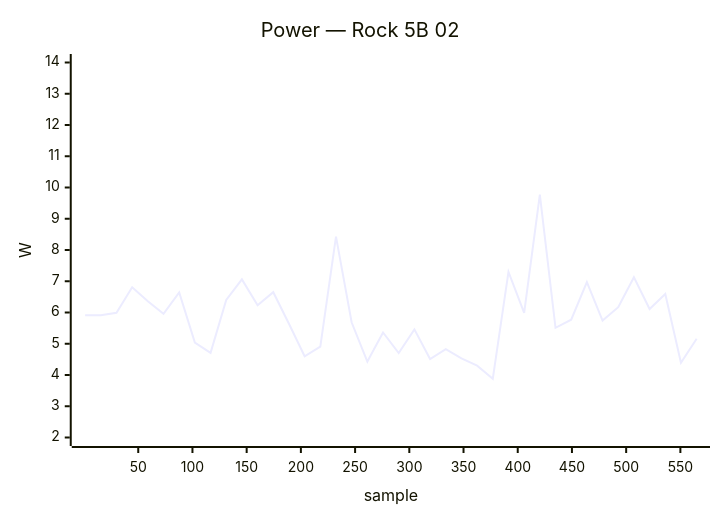
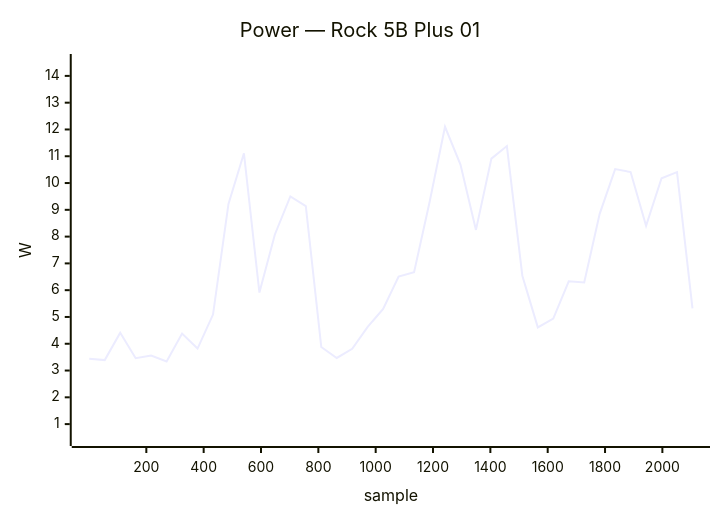
One commit to armbian/documentation changed diagram 25 of 32 in docs/status/board-tests.md. Above: the diagram before and after it, drawn with Mermaid. The commit also changed other lines of this file, not shown here.

````diff
--- a/docs/status/board-tests.md
+++ b/docs/status/board-tests.md
@@ -1322,7 +1448,7 @@
 ```mermaid
 xychart-beta
-    title "Power — Rock 5B 02"
-    x-axis "sample" 1 --> 565
-    y-axis "W" 2.0 --> 14.0
-    line [5.91, 5.91, 5.99, 6.81, 6.36, 5.96, 6.64, 5.04, 4.71, 6.40, 7.06, 6.23, 6.65, 5.64, 4.60, 4.91, 8.43, 5.68, 4.43, 5.36, 4.70, 5.46, 4.51, 4.83, 4.53, 4.30, 3.88, 7.30, 5.99, 9.77, 5.51, 5.77, 6.97, 5.74, 6.17, 7.13, 6.11, 6.59, 4.39, 5.16]
+    title "Power — Rock 5B Plus 01"
+    x-axis "sample" 1 --> 2105
+    y-axis "W" 0.5 --> 14.5
+    line [3.44, 3.39, 4.41, 3.46, 3.56, 3.34, 4.38, 3.82, 5.09, 9.22, 11.11, 5.91, 8.08, 9.50, 9.14, 3.88, 3.47, 3.81, 4.63, 5.30, 6.51, 6.67, 9.28, 12.10, 10.69, 8.25, 10.91, 11.38, 6.54, 4.61, 4.94, 6.33, 6.29, 8.85, 10.52, 10.41, 8.40, 10.18, 10.41, 5.32]
 ```
````
